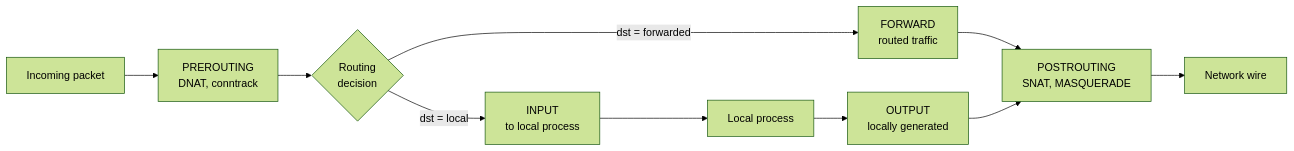
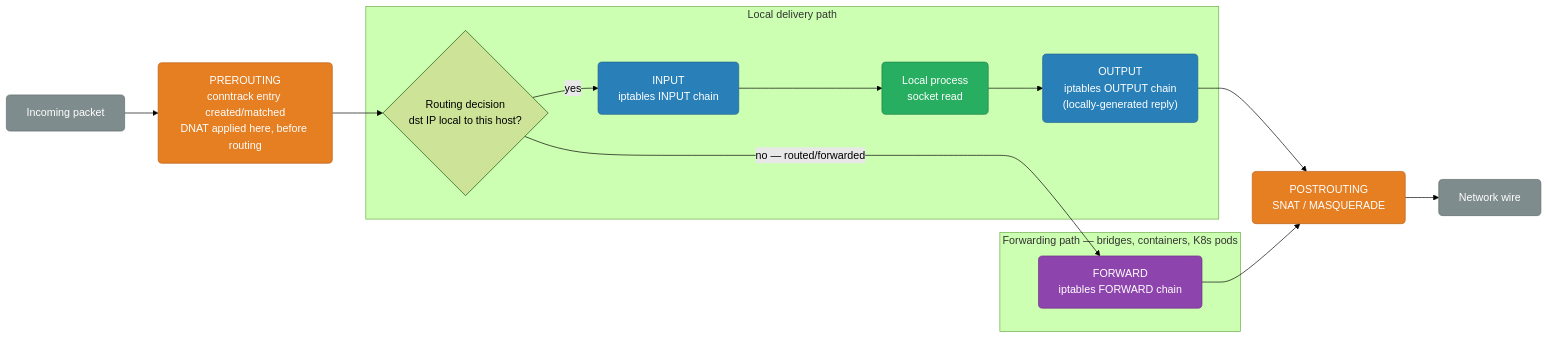
One commit to deepanshu-rawat6/DevOpsIndex changed the third of 6 diagrams in networking/linux-networking.md. Above: the diagram before and after it, drawn with Mermaid (forest theme). The commit also changed other lines of this file and 8 other files, not shown here.

````diff
--- a/networking/linux-networking.md
+++ b/networking/linux-networking.md
@@ -47,12 +91,25 @@
 ```mermaid
 graph LR
-    PKT_IN["Incoming packet"] --> PRE["PREROUTING<br>DNAT, conntrack"]
-    PRE --> RTD{Routing<br>decision}
-    RTD -->|"dst = local"| INPUT["INPUT<br>to local process"]
-    RTD -->|"dst = forwarded"| FWD["FORWARD<br>routed traffic"]
-    FWD --> POST["POSTROUTING<br>SNAT, MASQUERADE"]
-    INPUT --> LOCAL["Local process"]
-    LOCAL --> OUTPUT["OUTPUT<br>locally generated"]
-    OUTPUT --> POST
-    POST --> WIRE2["Network wire"]
+    classDef nat fill:#e67e22,stroke:#ba6018,color:#fff,rx:6
+    classDef fw fill:#2980b9,stroke:#1f618d,color:#fff,rx:6
+    classDef fwd fill:#8e44ad,stroke:#6c3483,color:#fff,rx:6
+    classDef proc fill:#27ae60,stroke:#1e8449,color:#fff,rx:6
+    classDef wire fill:#7f8c8d,stroke:#616a6b,color:#fff,rx:6
+
+    PKT_IN["Incoming packet"]:::wire --> PRE["PREROUTING<br/>conntrack entry created/matched<br/>DNAT applied here, before routing"]:::nat
+    PRE --> RTD{"Routing decision<br/>dst IP local to this host?"}
+
+    subgraph LOCALPATH["Local delivery path"]
+        RTD -->|"yes"| INPUT["INPUT<br/>iptables INPUT chain"]:::fw
+        INPUT --> LOCAL["Local process<br/>socket read"]:::proc
+        LOCAL --> OUTPUT["OUTPUT<br/>iptables OUTPUT chain<br/>(locally-generated reply)"]:::fw
+    end
+
+    subgraph FORWARDPATH["Forwarding path — bridges, containers, K8s pods"]
+        RTD -->|"no — routed/forwarded"| FWD["FORWARD<br/>iptables FORWARD chain"]:::fwd
+    end
+
+    OUTPUT --> POST["POSTROUTING<br/>SNAT / MASQUERADE"]:::nat
+    FWD --> POST
+    POST --> WIRE2["Network wire"]:::wire
 ```
````
